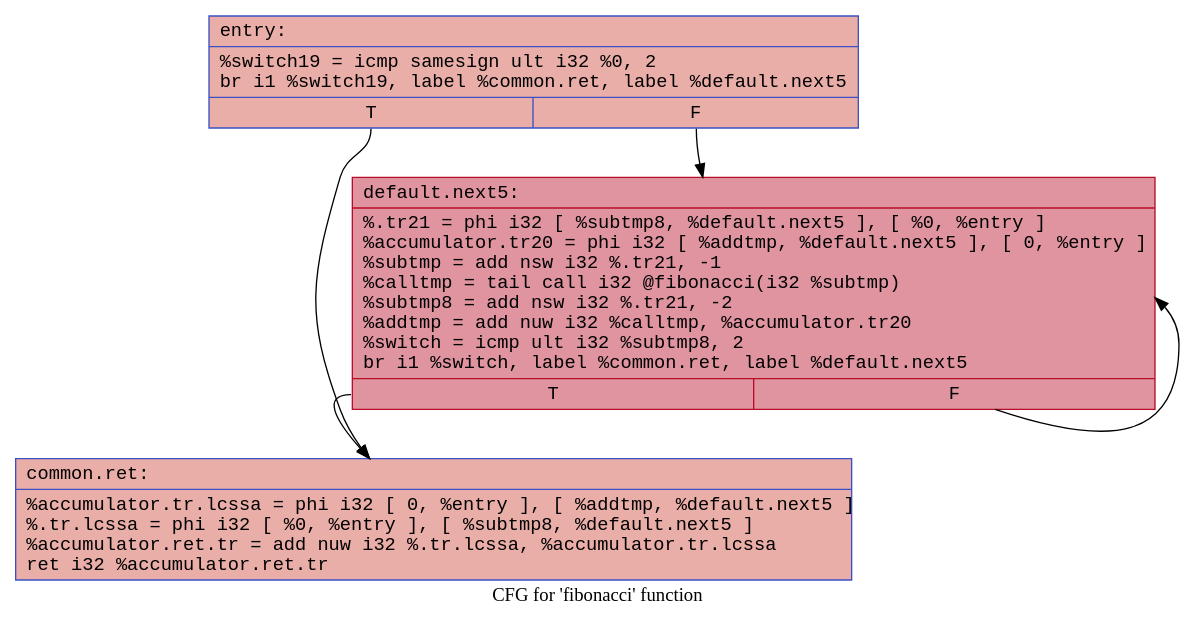
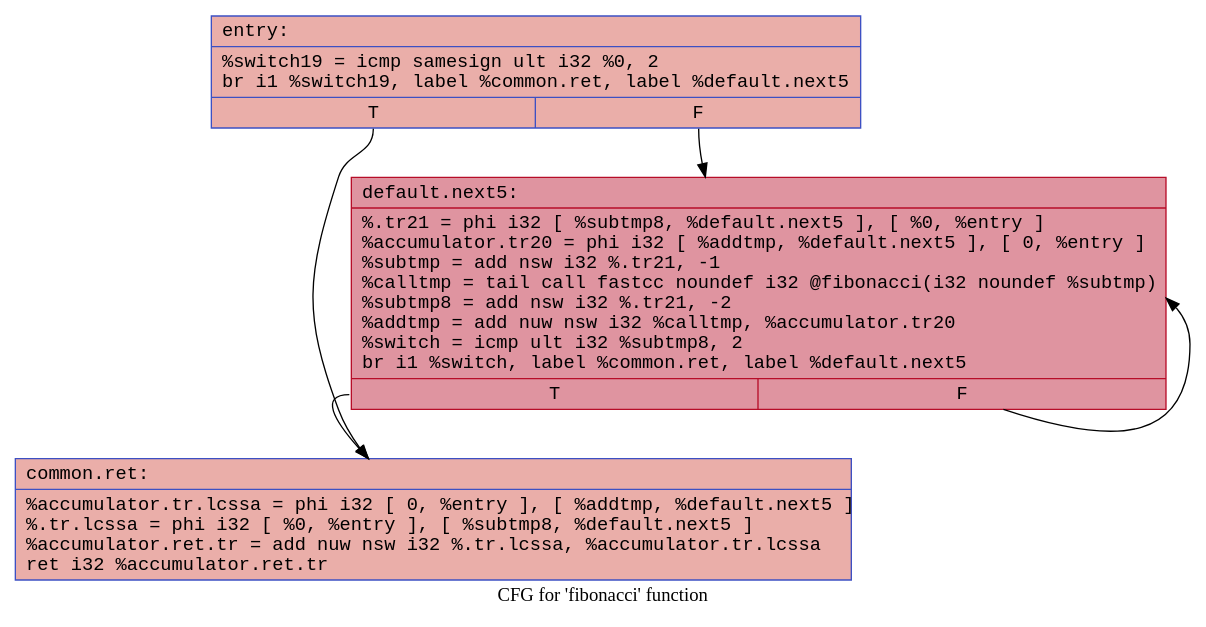
The third of 4 diagrams in examples/fibonacci/fibonacci.md (twanman1412/blueprintScript), drawn with Graphviz before and after one commit. The commit also changed other lines of this file and 58 other files, not shown here.

````diff
--- a/examples/fibonacci/fibonacci.md
+++ b/examples/fibonacci/fibonacci.md
@@ -55,13 +46,13 @@
 ```dot
 digraph "CFG for 'fibonacci' function" {
 	label="CFG for 'fibonacci' function";
 
-	Node0x56258c7d5e40 [shape=record,color="#3d50c3ff", style=filled, fillcolor="#d0473d70", fontname="Courier",label="{entry:\l|  %switch19 = icmp samesign ult i32 %0, 2\l  br i1 %switch19, label %common.ret, label %default.next5\l|{<s0>T|<s1>F}}"];
-	Node0x56258c7d5e40:s0 -> Node0x56258c7d5f80;
-	Node0x56258c7d5e40:s1 -> Node0x56258c7d66e0;
-	Node0x56258c7d5f80 [shape=record,color="#3d50c3ff", style=filled, fillcolor="#d0473d70", fontname="Courier",label="{common.ret:\l|  %accumulator.tr.lcssa = phi i32 [ 0, %entry ], [ %addtmp, %default.next5 ]\l  %.tr.lcssa = phi i32 [ %0, %entry ], [ %subtmp8, %default.next5 ]\l  %accumulator.ret.tr = add nuw i32 %.tr.lcssa, %accumulator.tr.lcssa\l  ret i32 %accumulator.ret.tr\l}"];
-	Node0x56258c7d66e0 [shape=record,color="#b70d28ff", style=filled, fillcolor="#b70d2870", fontname="Courier",label="{default.next5:\l|  %.tr21 = phi i32 [ %subtmp8, %default.next5 ], [ %0, %entry ]\l  %accumulator.tr20 = phi i32 [ %addtmp, %default.next5 ], [ 0, %entry ]\l  %subtmp = add nsw i32 %.tr21, -1\l  %calltmp = tail call i32 @fibonacci(i32 %subtmp)\l  %subtmp8 = add nsw i32 %.tr21, -2\l  %addtmp = add nuw i32 %calltmp, %accumulator.tr20\l  %switch = icmp ult i32 %subtmp8, 2\l  br i1 %switch, label %common.ret, label %default.next5\l|{<s0>T|<s1>F}}"];
-	Node0x56258c7d66e0:s0 -> Node0x56258c7d5f80;
-	Node0x56258c7d66e0:s1 -> Node0x56258c7d66e0;
+	Node0x55da7adb1690 [shape=record,color="#3d50c3ff", style=filled, fillcolor="#d0473d70", fontname="Courier",label="{entry:\l|  %switch19 = icmp samesign ult i32 %0, 2\l  br i1 %switch19, label %common.ret, label %default.next5\l|{<s0>T|<s1>F}}"];
+	Node0x55da7adb1690:s0 -> Node0x55da7adb1750;
+	Node0x55da7adb1690:s1 -> Node0x55da7adb5130;
+	Node0x55da7adb1750 [shape=record,color="#3d50c3ff", style=filled, fillcolor="#d0473d70", fontname="Courier",label="{common.ret:\l|  %accumulator.tr.lcssa = phi i32 [ 0, %entry ], [ %addtmp, %default.next5 ]\l  %.tr.lcssa = phi i32 [ %0, %entry ], [ %subtmp8, %default.next5 ]\l  %accumulator.ret.tr = add nuw nsw i32 %.tr.lcssa, %accumulator.tr.lcssa\l  ret i32 %accumulator.ret.tr\l}"];
+	Node0x55da7adb5130 [shape=record,color="#b70d28ff", style=filled, fillcolor="#b70d2870", fontname="Courier",label="{default.next5:\l|  %.tr21 = phi i32 [ %subtmp8, %default.next5 ], [ %0, %entry ]\l  %accumulator.tr20 = phi i32 [ %addtmp, %default.next5 ], [ 0, %entry ]\l  %subtmp = add nsw i32 %.tr21, -1\l  %calltmp = tail call fastcc noundef i32 @fibonacci(i32 noundef %subtmp)\l  %subtmp8 = add nsw i32 %.tr21, -2\l  %addtmp = add nuw nsw i32 %calltmp, %accumulator.tr20\l  %switch = icmp ult i32 %subtmp8, 2\l  br i1 %switch, label %common.ret, label %default.next5\l|{<s0>T|<s1>F}}"];
+	Node0x55da7adb5130:s0 -> Node0x55da7adb1750;
+	Node0x55da7adb5130:s1 -> Node0x55da7adb5130;
 }
 ```
````
